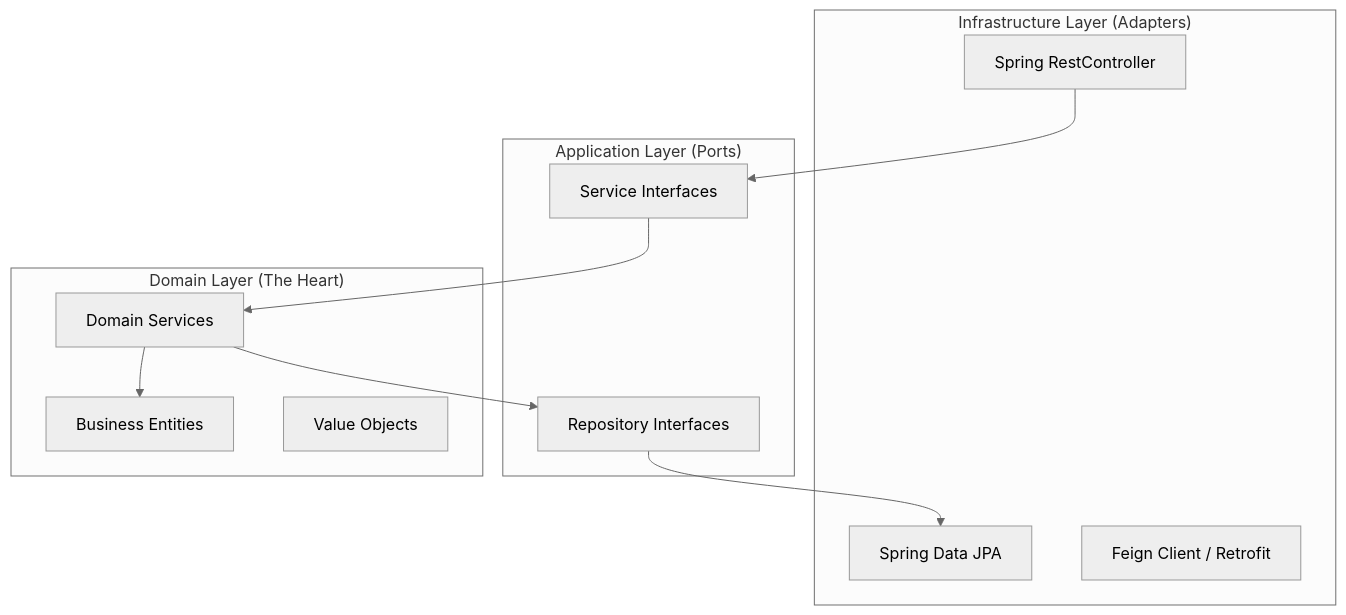
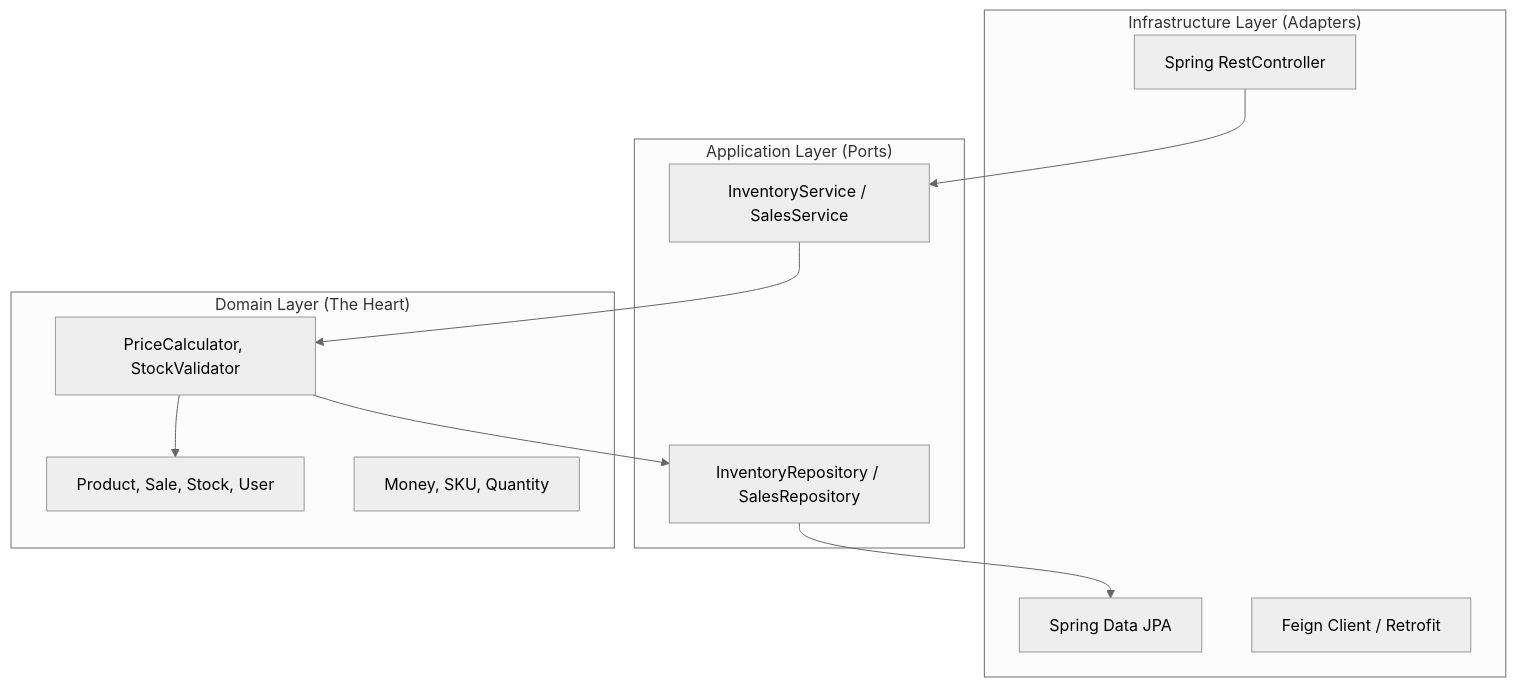
One commit to HecAguilaV/SIGA changed the first of 2 diagrams in docs/technical-room/en/02-LOGICAL-VIEW.mdx. Above: the diagram before and after it, drawn with Mermaid (neutral theme). The commit also changed 3 other files, not shown here.

````diff
--- a/docs/technical-room/en/02-LOGICAL-VIEW.mdx
+++ b/docs/technical-room/en/02-LOGICAL-VIEW.mdx
@@ -9,25 +9,25 @@
 ```mermaid
 graph TD
     subgraph "Infrastructure Layer (Adapters)"
         WebController[Spring RestController]
         DBAdapter[Spring Data JPA]
         ExternalAPI[Feign Client / Retrofit]
     end
 
     subgraph "Application Layer (Ports)"
-        InputPort[Service Interfaces]
-        OutputPort[Repository Interfaces]
+        InputPort[InventoryService / SalesService]
+        OutputPort[InventoryRepository / SalesRepository]
     end
 
     subgraph "Domain Layer (The Heart)"
-        Entities[Business Entities]
-        Values[Value Objects]
-        BusinessLogic[Domain Services]
+        Entities[Product, Sale, Stock, User]
+        Values[Money, SKU, Quantity]
+        BusinessLogic[PriceCalculator, StockValidator]
     end
 
     WebController --> InputPort
     InputPort --> BusinessLogic
     BusinessLogic --> OutputPort
     OutputPort --> DBAdapter
     BusinessLogic --> Entities
 ```
````
